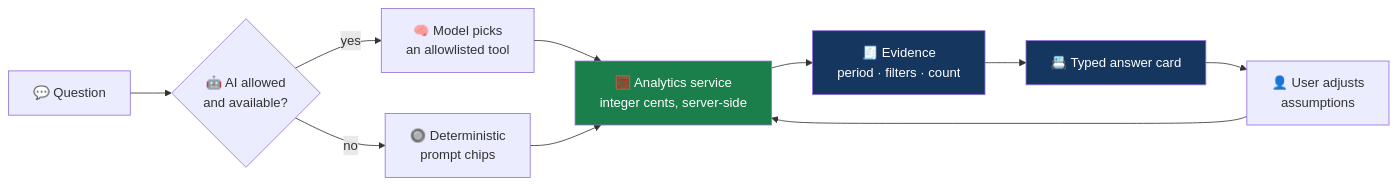
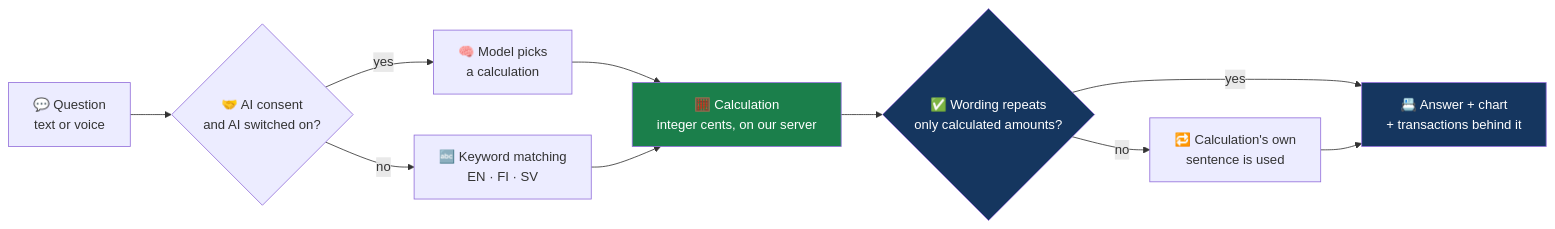
Before and after one commit to edarko265/FinSight-AI: the first of 3 diagrams in README.md, drawn with Mermaid. The commit also changed other lines of this file and 12 other files, not shown here.

````diff
--- a/README.md
+++ b/README.md
@@ -101,16 +98,16 @@
 ```mermaid
 flowchart LR
-    Q["💬 Question"] --> I{"🤖 AI allowed<br/>and available?"}
-    I -->|yes| LLM["🧠 Model picks<br/>an allowlisted tool"]
-    I -->|no| CHIP["🔘 Deterministic<br/>prompt chips"]
-    LLM --> T["🧮 Analytics service<br/>integer cents, server-side"]
-    CHIP --> T
-    T --> E["🧾 Evidence<br/>period · filters · count"]
-    E --> C["📇 Typed answer card"]
-    C --> U["👤 User adjusts<br/>assumptions"]
-    U --> T
+    Q["💬 Question<br/>text or voice"] --> C{"🤝 AI consent<br/>and AI switched on?"}
+    C -->|yes| LLM["🧠 Model picks<br/>a calculation"]
+    C -->|no| KW["🔤 Keyword matching<br/>EN · FI · SV"]
+    LLM --> T["🧮 Calculation<br/>integer cents, on our server"]
+    KW --> T
+    T --> G{"✅ Wording repeats<br/>only calculated amounts?"}
+    G -->|yes| A["📇 Answer + chart<br/>+ transactions behind it"]
+    G -->|no| S["🔁 Calculation's own<br/>sentence is used"]
+    S --> A
 
     style T fill:#1B7F4B,color:#fff
-    style E fill:#15365F,color:#fff
-    style C fill:#15365F,color:#fff
+    style G fill:#15365F,color:#fff
+    style A fill:#15365F,color:#fff
 ```
````
